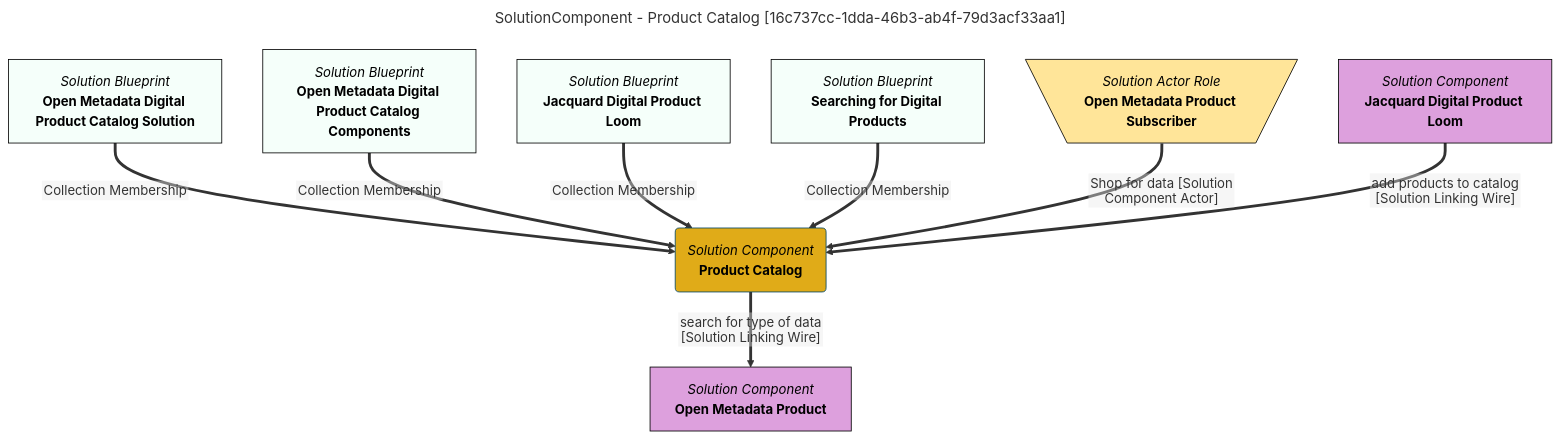
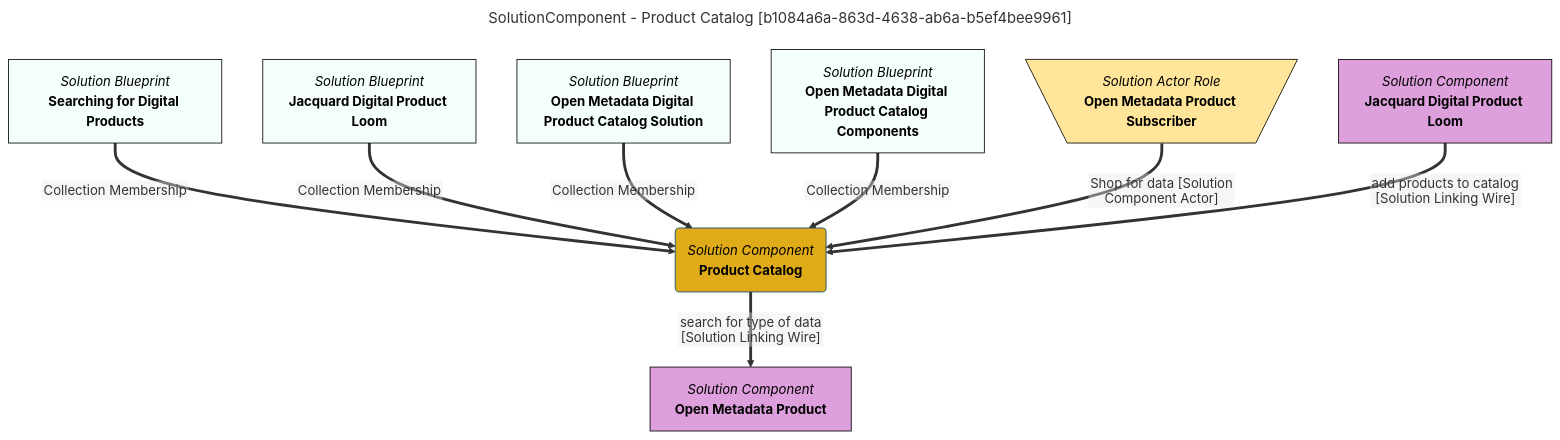
The diagram in site/snippets/blueprints/components/product-catalog-mermaid-graph.md (odpi/egeria-docs), drawn with Mermaid before and after one commit. The commit also changed 2201 other files, not shown here.

````diff
--- a/site/snippets/blueprints/components/product-catalog-mermaid-graph.md
+++ b/site/snippets/blueprints/components/product-catalog-mermaid-graph.md
@@ -1,39 +1,39 @@
 ```mermaid
 ---
-title: SolutionComponent - Product Catalog [16c737cc-1dda-46b3-ab4f-79d3acf33aa1]
+title: SolutionComponent - Product Catalog [b1084a6a-863d-4638-ab6a-b5ef4bee9961]
 ---
 flowchart TD
 %%{init: {"flowchart": {"htmlLabels": false}} }%%
 
 1@{ shape: rounded, label: "*Solution Component*
 **Product Catalog**"}
 2@{ shape: rect, label: "*Solution Blueprint*
-**Open Metadata Digital Product Catalog Solution**"}
+**Searching for Digital Products**"}
 2==>|"Collection Membership"|1
 3@{ shape: rect, label: "*Solution Blueprint*
-**Open Metadata Digital Product Catalog Components**"}
+**Jacquard Digital Product Loom**"}
 3==>|"Collection Membership"|1
 4@{ shape: rect, label: "*Solution Blueprint*
-**Jacquard Digital Product Loom**"}
+**Open Metadata Digital Product Catalog Solution**"}
 4==>|"Collection Membership"|1
 5@{ shape: rect, label: "*Solution Blueprint*
-**Searching for Digital Products**"}
+**Open Metadata Digital Product Catalog Components**"}
 5==>|"Collection Membership"|1
 6@{ shape: trap-t, label: "*Solution Actor Role*
 **Open Metadata Product Subscriber**"}
 6==>|"Shop for data [Solution Component Actor]"|1
 7@{ shape: rect, label: "*Solution Component*
 **Jacquard Digital Product Loom**"}
 7==>|"add products to catalog [Solution Linking Wire]"|1
 8@{ shape: rect, label: "*Solution Component*
 **Open Metadata Product**"}
 1==>|"search for type of data [Solution Linking Wire]"|8
 style 1 color:#000000, fill:#e0ab18, stroke:#004563
 style 2 color:#000000, fill:#f5fffa, stroke:#000000
 style 3 color:#000000, fill:#f5fffa, stroke:#000000
 style 4 color:#000000, fill:#f5fffa, stroke:#000000
 style 5 color:#000000, fill:#f5fffa, stroke:#000000
 style 6 color:#000000, fill:#FFE599, stroke:#000000
-style 7 color:#000000, fill:#dda0dd, stroke:#000000
-style 8 color:#000000, fill:#dda0dd, stroke:#000000
+style 7 color:#000000, fill:#DDA0DD, stroke:#000000
+style 8 color:#000000, fill:#DDA0DD, stroke:#000000
 ```
````
